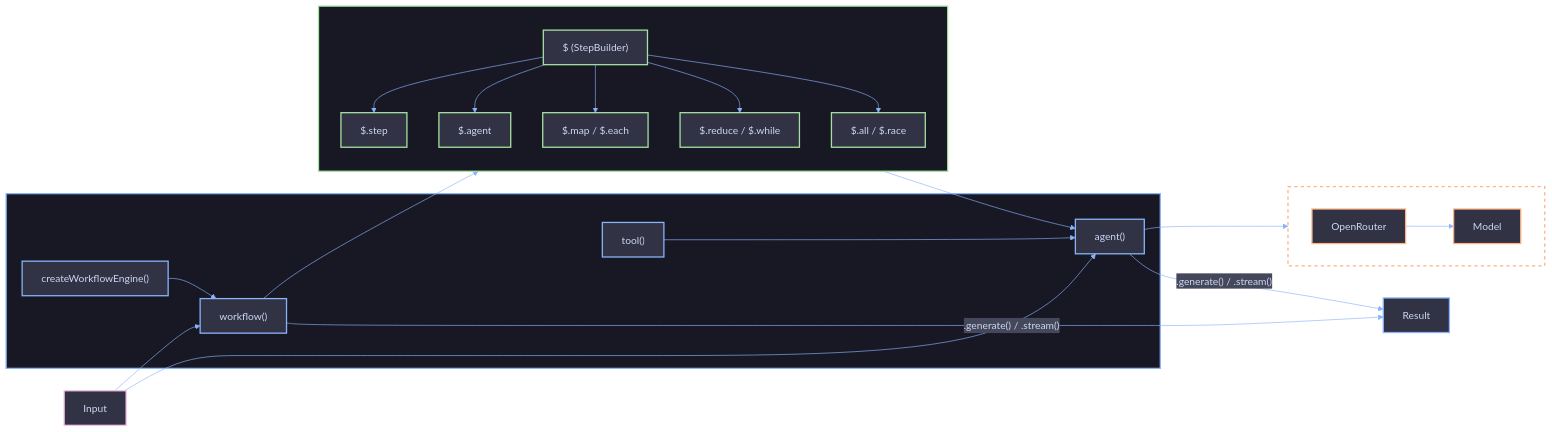
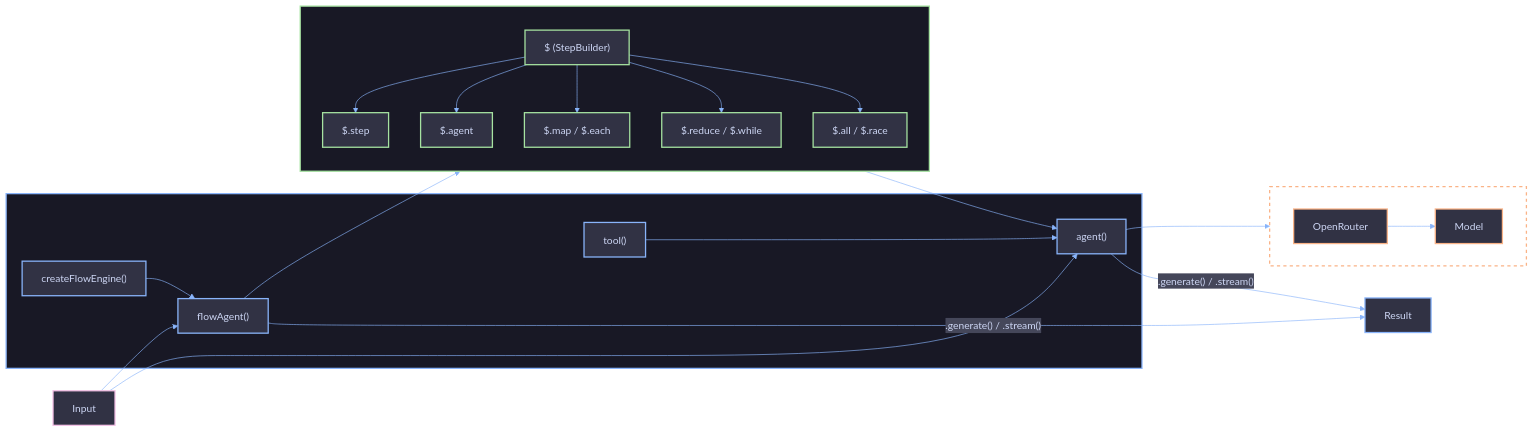
The diagram in packages/agents/docs/overview.md (joggrdocs/funkai), drawn with Mermaid before and after one commit. The commit also changed other lines of this file and 22 other files, not shown here.

````diff
--- a/packages/agents/docs/overview.md
+++ b/packages/agents/docs/overview.md
@@ -19,64 +19,64 @@
 ```mermaid
 %%{init: {
   'theme': 'base',
   'themeVariables': {
     'primaryColor': '#313244',
     'primaryTextColor': '#cdd6f4',
     'primaryBorderColor': '#6c7086',
     'lineColor': '#89b4fa',
     'secondaryColor': '#45475a',
     'tertiaryColor': '#1e1e2e',
     'background': '#1e1e2e',
     'mainBkg': '#313244',
     'clusterBkg': '#1e1e2e',
     'clusterBorder': '#45475a'
   },
   'flowchart': { 'curve': 'basis', 'padding': 15 }
 }}%%
 
 flowchart LR
   Input:::external
 
   subgraph core [" "]
     tool["tool()"]:::coreNode
     agent["agent()"]:::coreNode
-    workflow["workflow()"]:::coreNode
-    engine["createWorkflowEngine()"]:::coreNode
+    flowAgent["flowAgent()"]:::coreNode
+    engine["createFlowEngine()"]:::coreNode
   end
 
   subgraph steps [" "]
     direction TB
     dollar["$ (StepBuilder)"]:::step
     stepOp["$.step"]:::step
     agentOp["$.agent"]:::step
     mapOp["$.map / $.each"]:::step
     reduceOp["$.reduce / $.while"]:::step
     concOp["$.all / $.race"]:::step
   end
 
   subgraph provider [" "]
     direction LR
     OpenRouter:::gateway
     Model:::gateway
   end
 
   Input --> agent
-  Input --> workflow
+  Input --> flowAgent
   agent -- ".generate() / .stream()" --> Result:::coreNode
-  workflow -- ".generate() / .stream()" --> Result
-  engine --> workflow
-  workflow --> dollar
+  flowAgent -- ".generate() / .stream()" --> Result
+  engine --> flowAgent
+  flowAgent --> dollar
   dollar --> stepOp & agentOp & mapOp & reduceOp & concOp
   agentOp --> agent
   tool --> agent
   agent --> OpenRouter --> Model
 
   classDef external fill:#313244,stroke:#f5c2e7,stroke-width:2px,color:#cdd6f4
   classDef coreNode fill:#313244,stroke:#89b4fa,stroke-width:2px,color:#cdd6f4
   classDef step fill:#313244,stroke:#a6e3a1,stroke-width:2px,color:#cdd6f4
   classDef gateway fill:#313244,stroke:#fab387,stroke-width:2px,color:#cdd6f4
 
   style core fill:#181825,stroke:#89b4fa,stroke-width:2px
   style steps fill:#181825,stroke:#a6e3a1,stroke-width:2px
   style provider fill:none,stroke:#fab387,stroke-width:2px,stroke-dasharray:5 5
 ```
````
